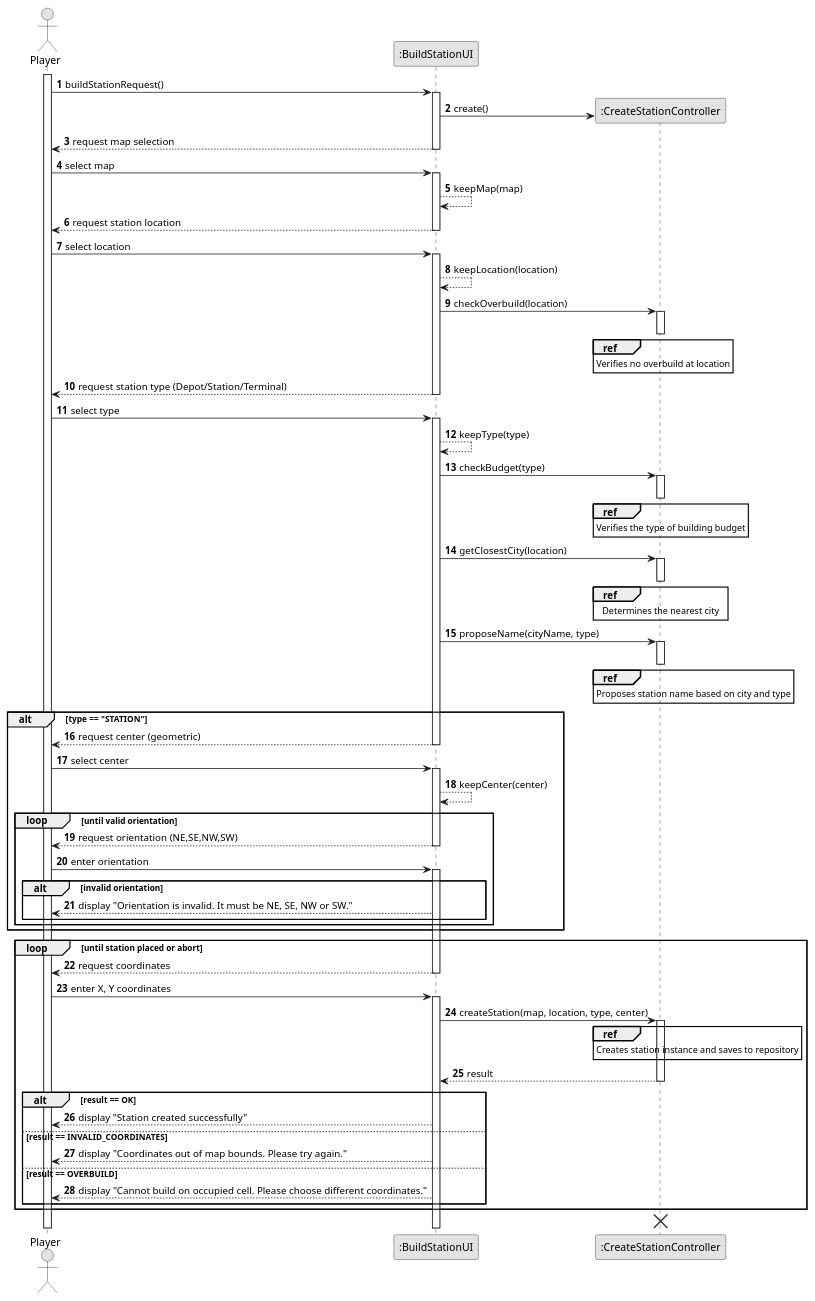
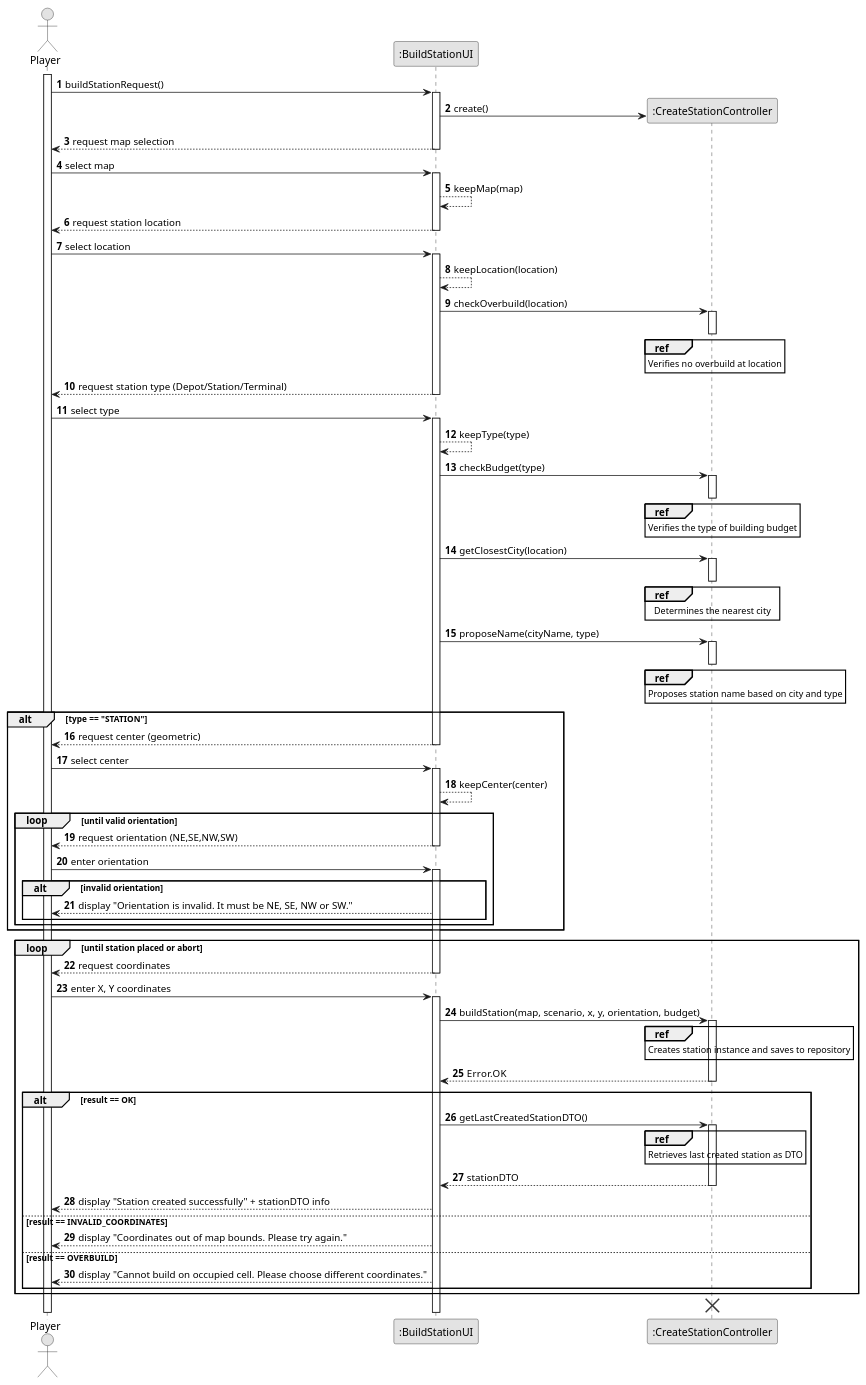
The diagram in docs/system-documentation/US005/03.design/puml/US005-SD-split.puml (goncalolopesp/sem2-pi-24.25-g093-repo), drawn with PlantUML before and after one commit. The commit also changed 8 other files, not shown here.

```diff
--- a/docs/system-documentation/US005/03.design/puml/US005-SD-split.puml
+++ b/docs/system-documentation/US005/03.design/puml/US005-SD-split.puml
@@ -1,111 +1,118 @@
 @startuml US005-SD-split
 skinparam monochrome true
 skinparam packageStyle rectangle
 skinparam shadowing false
 
 autonumber
 
 actor "Player" as Player
 participant ":BuildStationUI" as BuildStationUI
 participant ":CreateStationController" as CreateStationController
 
 activate Player
 
 Player -> BuildStationUI : buildStationRequest()
 create CreateStationController
 activate BuildStationUI
 BuildStationUI -> CreateStationController: create()
 deactivate CreateStationController
 
 BuildStationUI --> Player : request map selection
 deactivate BuildStationUI
 Player -> BuildStationUI : select map
 activate BuildStationUI
 BuildStationUI --> BuildStationUI : keepMap(map)
 
 BuildStationUI --> Player : request station location
 deactivate BuildStationUI
 Player -> BuildStationUI : select location
 activate BuildStationUI
 BuildStationUI --> BuildStationUI : keepLocation(location)
 
 BuildStationUI -> CreateStationController : checkOverbuild(location)
 activate CreateStationController
 ref over CreateStationController
     Verifies no overbuild at location
 end ref
 deactivate CreateStationController
 
 BuildStationUI --> Player : request station type (Depot/Station/Terminal)
 deactivate BuildStationUI
 Player -> BuildStationUI : select type
 activate BuildStationUI
 BuildStationUI --> BuildStationUI : keepType(type)
 
 BuildStationUI -> CreateStationController : checkBudget(type)
 activate CreateStationController
 ref over CreateStationController
     Verifies the type of building budget
 end ref
 deactivate CreateStationController
 
 BuildStationUI -> CreateStationController : getClosestCity(location)
 activate CreateStationController
 ref over CreateStationController
     Determines the nearest city
 end ref
 deactivate CreateStationController
 
 BuildStationUI -> CreateStationController : proposeName(cityName, type)
 activate CreateStationController
 ref over CreateStationController
     Proposes station name based on city and type
 end ref
 deactivate CreateStationController
 
 alt type == "STATION"
   BuildStationUI --> Player : request center (geometric)
   deactivate BuildStationUI
   Player -> BuildStationUI : select center
   activate BuildStationUI
   BuildStationUI --> BuildStationUI : keepCenter(center)
 
   loop until valid orientation
     BuildStationUI --> Player : request orientation (NE,SE,NW,SW)
     deactivate BuildStationUI
     Player -> BuildStationUI : enter orientation
     activate BuildStationUI
     alt invalid orientation
       BuildStationUI --> Player : display "Orientation is invalid. It must be NE, SE, NW or SW."
     end
   end
 end
 
 loop until station placed or abort
   BuildStationUI --> Player : request coordinates
   deactivate BuildStationUI
   Player -> BuildStationUI : enter X, Y coordinates
   activate BuildStationUI
 
-  BuildStationUI -> CreateStationController : createStation(map, location, type, center)
+  BuildStationUI -> CreateStationController : buildStation(map, scenario, x, y, orientation, budget)
   activate CreateStationController
   ref over CreateStationController
     Creates station instance and saves to repository
   end ref
 
-  CreateStationController --> BuildStationUI : result
+  CreateStationController --> BuildStationUI : Error.OK
   deactivate CreateStationController
 
   alt result == OK
-    BuildStationUI --> Player : display "Station created successfully"
+    BuildStationUI -> CreateStationController : getLastCreatedStationDTO()
+    activate CreateStationController
+    ref over CreateStationController
+        Retrieves last created station as DTO
+    end ref
+    CreateStationController --> BuildStationUI : stationDTO
+    deactivate CreateStationController
+    BuildStationUI --> Player : display "Station created successfully" + stationDTO info
   else result == INVALID_COORDINATES
     BuildStationUI --> Player : display "Coordinates out of map bounds. Please try again."
   else result == OVERBUILD
     BuildStationUI --> Player : display "Cannot build on occupied cell. Please choose different coordinates."
   end
 end
 
 destroy CreateStationController
 deactivate BuildStationUI
 deactivate Player
 @enduml
```
